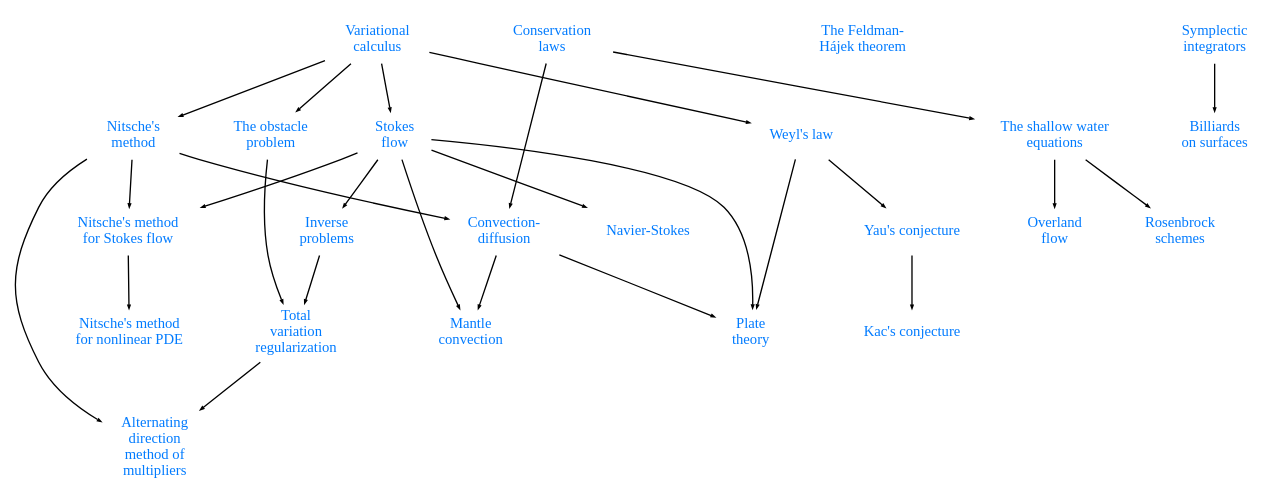
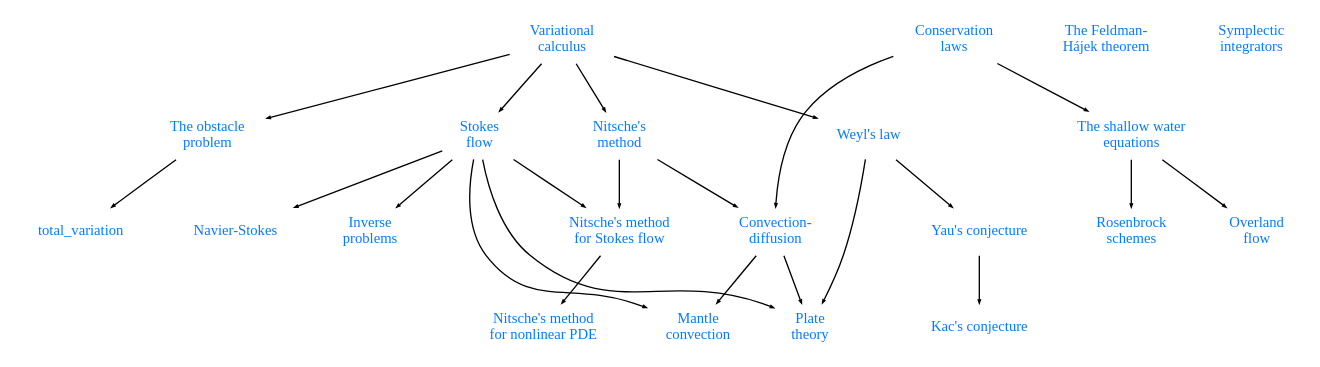
One commit to danshapero/danshapero.github.io changed the diagram in pages/index.rst. Above: the diagram before and after it, drawn with Graphviz. The commit also changed 3 other files, not shown here.

```diff
--- a/pages/index.rst
+++ b/pages/index.rst
@@ -17,61 +17,61 @@
 .. graphviz::
 
     digraph posts {
         node [shape="plaintext", fontcolor="#007bff", fontsize="11"];
         edge [arrowsize=0.25];
 
         calc [label="Variational\ncalculus", href="/posts/variational-calculus/"];
         stokes [label="Stokes\nflow", href="/posts/stokes/"];
         karman [label="Navier-Stokes", href="/posts/karman-vortices/"];
         weyl [label="Weyl's law", href="/posts/weyls-law/"];
         yau [label="Yau's conjecture", href="/posts/yau-conjecture/"];
         kac [label="Kac's conjecture", href="/posts/kac-conjecture/"];
         nitsche [label="Nitsche's\nmethod", href="/posts/nitsches-method/"];
         nitsche_stokes [label="Nitsche's method\nfor Stokes flow", href="/posts/nitsches-method-stokes/"];
         nitsche_nonlinear [label="Nitsche's method\nfor nonlinear PDE", href="/posts/nitsches-method-nonlinear/"];
         obstacle [label="The obstacle\nproblem", href="/posts/obstacle-problem/"];
         conservation_laws [label="Conservation\nlaws", href="/posts/conservation-laws/"];
         convection_diffusion [label="Convection-\ndiffusion", href="/posts/convection-diffusion/"];
         mantle_convection [label="Mantle\nconvection", href="/posts/mantle-convection/"];
         plate_theory [label="Plate\ntheory", href="/posts/plate-theory/"];
         inverse_problems [label="Inverse\nproblems", href="/posts/inverse-problems"];
         feldman_hajek [label="The Feldman-\nHájek theorem", href="/posts/feldman-hajek"];
-        total_variation [label="Total\nvariation\nregularization", href="/posts/total-variation"];
-        admm [label="Alternating\ndirection\nmethod of\nmultipliers", href="/posts/admm"];
+        // total_variation [label="Total\nvariation\nregularization", href="/posts/total-variation"];
+        // admm [label="Alternating\ndirection\nmethod of\nmultipliers", href="/posts/admm"];
         shallow_water [label="The shallow water\nequations", href="/posts/shallow-water/"];
         overland_flow [label="Overland\nflow", href="/posts/overland-flow/"];
         rosenbrock [label="Rosenbrock\nschemes", href="/posts/rosenbrock/"];
         // langevin [label="Langevin\nMonte\nCarlo", href="/posts/langevin-mcmc/"];
         symplectic [label="Symplectic\nintegrators", href="/posts/symplectic-integrators/"];
-        billiards [label="Billiards\non surfaces", href="/posts/surface-billiards/"];
+        // billiards [label="Billiards\non surfaces", href="/posts/surface-billiards/"];
 
         {rank=same; calc, conservation_laws};
 
         calc -> weyl;
         calc -> stokes;
         calc -> nitsche;
         calc -> obstacle;
         stokes -> nitsche_stokes;
         stokes -> karman;
         stokes -> inverse_problems;
-        inverse_problems -> total_variation;
-        nitsche -> admm;
-        total_variation -> admm;
+        // inverse_problems -> total_variation;
+        // nitsche -> admm;
+        // total_variation -> admm;
         // inverse_problems -> langevin;
         obstacle -> total_variation;
         weyl -> yau;
         yau -> kac;
         nitsche -> nitsche_stokes;
         nitsche_stokes -> nitsche_nonlinear;
         conservation_laws -> convection_diffusion;
         conservation_laws -> shallow_water;
         shallow_water -> rosenbrock;
         shallow_water -> overland_flow;
         nitsche -> convection_diffusion;
         convection_diffusion -> mantle_convection;
         stokes -> mantle_convection;
         weyl -> plate_theory;
         stokes -> plate_theory;
         convection_diffusion -> plate_theory;
-        symplectic -> billiards;
+        // symplectic -> billiards;
     }
```
